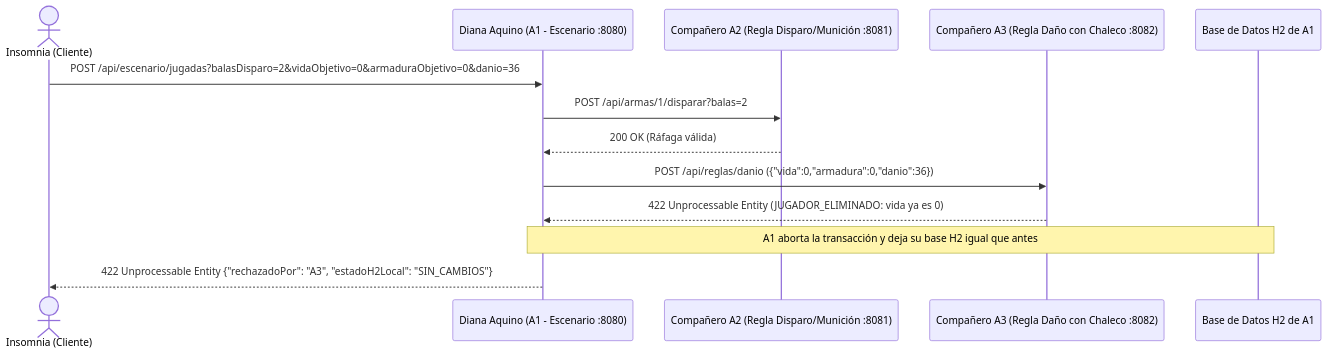
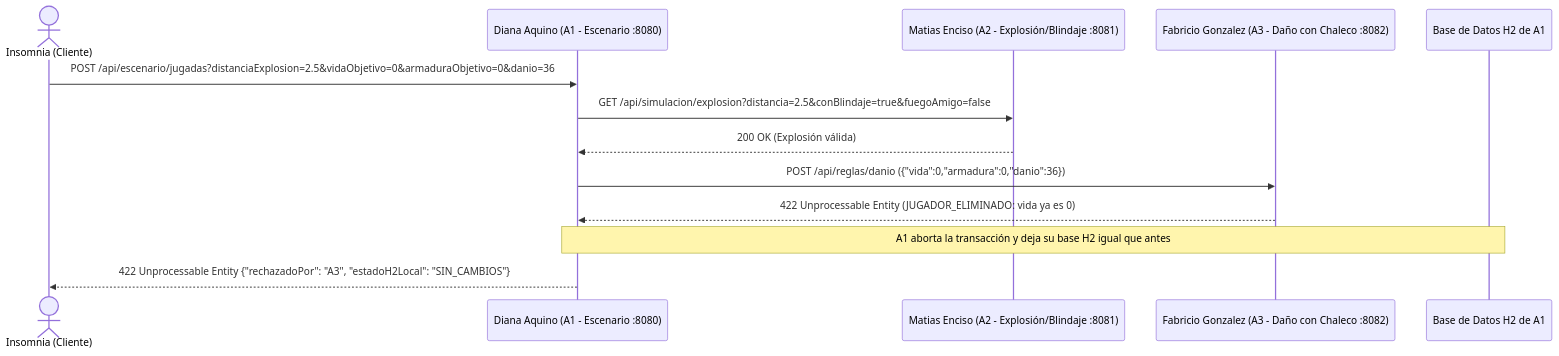
The third of 4 diagrams in README.md (dianamariapaz2104/daquino-tp-lp3-2026), drawn with Mermaid before and after one commit. The commit also changed other lines of this file and 6 other files, not shown here.

Commit message:
feat(poo09): conectar A2 con GET /api/simulacion/explosion de Matias Enciso

````diff
--- a/README.md
+++ b/README.md
@@ -120,16 +120,16 @@
 ```mermaid
 sequenceDiagram
     actor Cliente as Insomnia (Cliente)
     participant A1 as Diana Aquino (A1 - Escenario :8080)
-    participant A2 as Compañero A2 (Regla Disparo/Munición :8081)
-    participant A3 as Compañero A3 (Regla Daño con Chaleco :8082)
+    participant A2 as Matias Enciso (A2 - Explosión/Blindaje :8081)
+    participant A3 as Fabricio Gonzalez (A3 - Daño con Chaleco :8082)
     participant H2 as Base de Datos H2 de A1
 
-    Cliente->>A1: POST /api/escenario/jugadas?balasDisparo=2&vidaObjetivo=0&armaduraObjetivo=0&danio=36
-    A1->>A2: POST /api/armas/1/disparar?balas=2
-    A2-->>A1: 200 OK (Ráfaga válida)
+    Cliente->>A1: POST /api/escenario/jugadas?distanciaExplosion=2.5&vidaObjetivo=0&armaduraObjetivo=0&danio=36
+    A1->>A2: GET /api/simulacion/explosion?distancia=2.5&conBlindaje=true&fuegoAmigo=false
+    A2-->>A1: 200 OK (Explosión válida)
     A1->>A3: POST /api/reglas/danio ({"vida":0,"armadura":0,"danio":36})
     A3-->>A1: 422 Unprocessable Entity (JUGADOR_ELIMINADO: vida ya es 0)
     Note over A1,H2: A1 aborta la transacción y deja su base H2 igual que antes
     A1-->>Cliente: 422 Unprocessable Entity {"rechazadoPor": "A3", "estadoH2Local": "SIN_CAMBIOS"}
 ```
````
